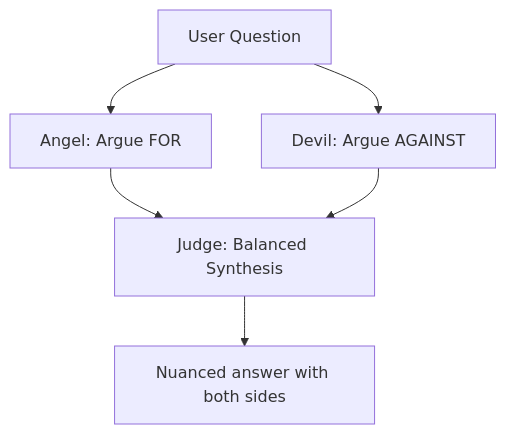
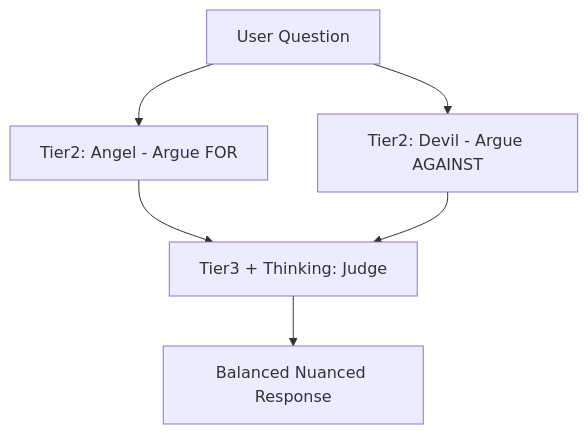
Diagram 11 of 11 in README.md (PierreStephaneVoltaire/IF), drawn with Mermaid before and after one commit. The commit also changed other lines of this file, not shown here.

````diff
--- a/README.md
+++ b/README.md
@@ -343,8 +543,8 @@
 ```mermaid
 flowchart TD
-    A[User Question] --> B[Angel: Argue FOR]
-    A --> C[Devil: Argue AGAINST]
-    B --> D[Judge: Balanced Synthesis]
+    A[User Question] --> B[Tier2: Angel - Argue FOR]
+    A --> C[Tier2: Devil - Argue AGAINST]
+    B --> D[Tier3 + Thinking: Judge]
     C --> D
-    D --> E[Nuanced answer with both sides]
+    D --> E[Balanced Nuanced Response]
 ```
````
